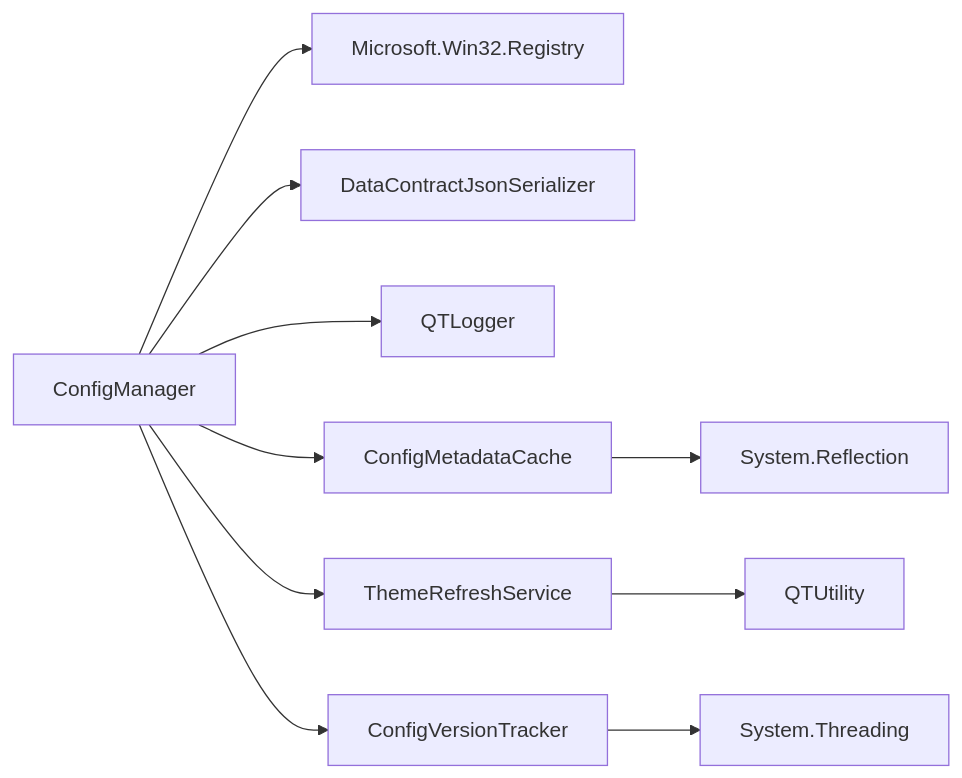
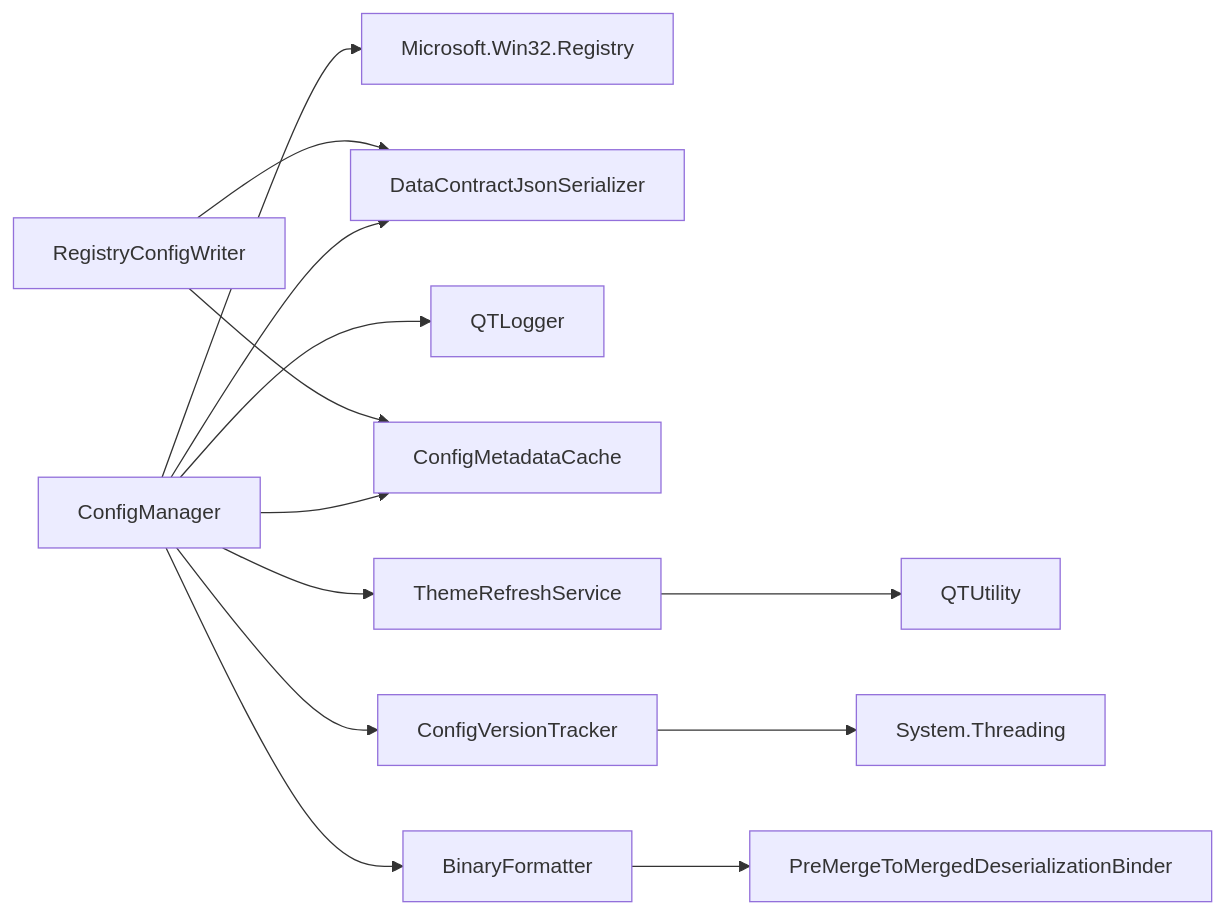
Before and after one commit to rainiva/QTTabBar-Next: the fifth of 5 diagrams in .qoder/repowiki/zh/content/架构设计/配置管理系统/配置管理系统.md, drawn with Mermaid. The commit also changed other lines of this file and 415 other files, not shown here.

````diff
--- a/.qoder/repowiki/zh/content/架构设计/配置管理系统/配置管理系统.md
+++ b/.qoder/repowiki/zh/content/架构设计/配置管理系统/配置管理系统.md
@@ -492,12 +433,15 @@
 ```mermaid
 graph LR
 CM["ConfigManager"] --> REG["Microsoft.Win32.Registry"]
 CM --> SER["DataContractJsonSerializer"]
 CM --> LOG["QTLogger"]
 CM --> CACHE["ConfigMetadataCache"]
 CM --> THEME["ThemeRefreshService"]
 CM --> VERSION["ConfigVersionTracker"]
-CACHE --> REFLECT["System.Reflection"]
+CM --> BIN["BinaryFormatter"]
+RW["RegistryConfigWriter"] --> CACHE
+RW --> SER
 THEME --> UT["QTUtility"]
 VERSION --> THREAD["System.Threading"]
+BIN --> PREBIND["PreMergeToMergedDeserializationBinder"]
 ```
````
